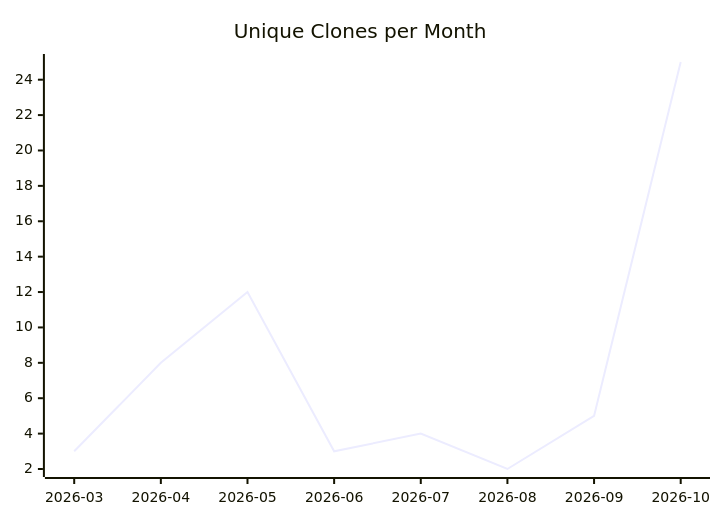
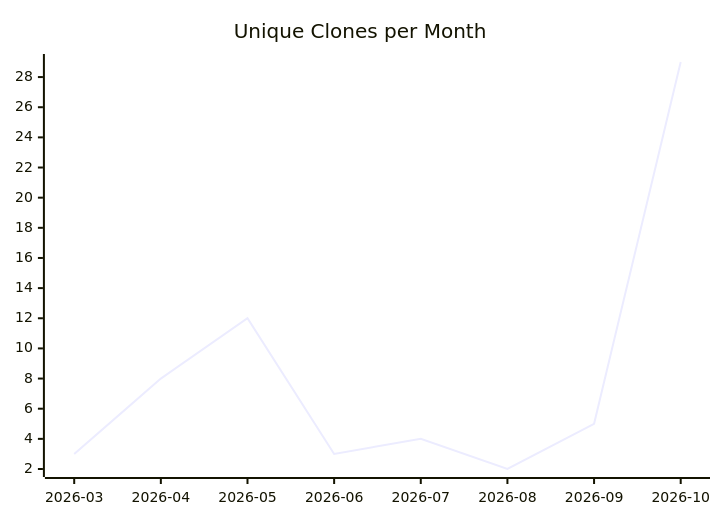
One commit to justdavis-family/github-analytics-data changed the third of 3 diagrams in karlmdavis/puppet-sonar/README.md. Above: the diagram before and after it, drawn with Mermaid. The commit also changed other lines of this file and 198 other files, not shown here.

````diff
--- a/karlmdavis/puppet-sonar/README.md
+++ b/karlmdavis/puppet-sonar/README.md
@@ -19,6 +19,6 @@
 ```mermaid
 xychart-beta
   title "Unique Clones per Month"
   x-axis ["2026-03", "2026-04", "2026-05", "2026-06", "2026-07", "2026-08", "2026-09", "2026-10"]
-  line [3, 8, 12, 3, 4, 2, 5, 25]
+  line [3, 8, 12, 3, 4, 2, 5, 29]
 ```
````
